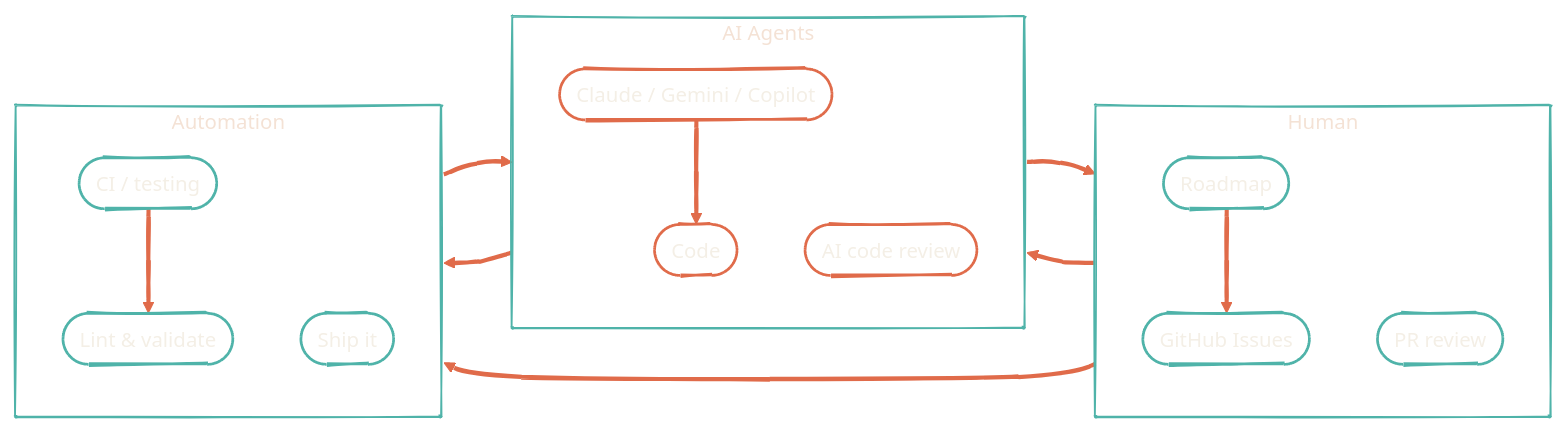
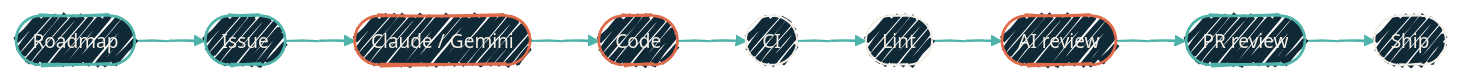
Before and after one commit to dryvist/docs: the diagram in architecture/ai-pipeline.mdx, drawn with Mermaid. The commit also changed other lines of this file and 45 other files, not shown here.

````diff
--- a/architecture/ai-pipeline.mdx
+++ b/architecture/ai-pipeline.mdx
@@ -13,35 +16,25 @@
 ```mermaid
-%%{init: {'theme':'base','look':'handDrawn','themeVariables':{'primaryColor':'#4FB3A9','primaryTextColor':'#F4EFE6','primaryBorderColor':'#2F7E78','lineColor':'#E06B4A','secondaryColor':'#102937','tertiaryColor':'#0B1D2A','clusterBkg':'transparent','clusterBorder':'#4FB3A9','fontFamily':'Geist','fontSize':'15px'}}}%%
+%%{init: {'theme':'base','look':'handDrawn','themeVariables':{'fontFamily':'Geist','fontSize':'14px','primaryColor':'#102937','primaryTextColor':'#F4EFE6','primaryBorderColor':'#4FB3A9','lineColor':'#4FB3A9','secondaryColor':'#0B1D2A','tertiaryColor':'#1A2A38','clusterBkg':'rgba(79,179,169,0.08)','clusterBorder':'#4FB3A9'}}}%%
 flowchart LR
-  subgraph Human["Human"]
-    direction TB
-    H1(["Roadmap"])
-    H2(["GitHub Issues"])
-    H3(["PR review"])
-  end
-  subgraph AI["AI Agents"]
-    direction TB
-    A1(["Claude / Gemini / Copilot"])
-    A2(["Code"])
-    A3(["AI code review"])
-  end
-  subgraph Auto["Automation"]
-    direction TB
-    T1(["CI / testing"])
-    T2(["Lint & validate"])
-    T3(["Ship it"])
-  end
+  H1([Roadmap])
+  H2([Issue])
+  A1([Claude / Gemini])
+  A2([Code])
+  T1([CI])
+  T2([Lint])
+  A3([AI review])
+  H3([PR review])
+  T3([Ship])
+
   H1 --> H2 --> A1 --> A2 --> T1 --> T2 --> A3 --> H3 --> T3
 
-  style H1 fill:transparent,stroke:#4FB3A9,stroke-width:2px,color:#F4EFE6
-  style H2 fill:transparent,stroke:#4FB3A9,stroke-width:2px,color:#F4EFE6
-  style H3 fill:transparent,stroke:#4FB3A9,stroke-width:2px,color:#F4EFE6
-  style A1 fill:transparent,stroke:#E06B4A,stroke-width:2px,color:#F4EFE6
-  style A2 fill:transparent,stroke:#E06B4A,stroke-width:2px,color:#F4EFE6
-  style A3 fill:transparent,stroke:#E06B4A,stroke-width:2px,color:#F4EFE6
-  style T1 fill:transparent,stroke:#4FB3A9,stroke-width:2px,color:#F4EFE6
-  style T2 fill:transparent,stroke:#4FB3A9,stroke-width:2px,color:#F4EFE6
-  style T3 fill:transparent,stroke:#4FB3A9,stroke-width:2px,color:#F4EFE6
+  classDef human fill:#102937,stroke:#4FB3A9,stroke-width:2px,color:#F4EFE6;
+  classDef ai    fill:#102937,stroke:#E06B4A,stroke-width:2px,color:#F4EFE6;
+  classDef auto  fill:#102937,stroke:#F4EFE6,stroke-width:1.5px,color:#F4EFE6;
 
-  linkStyle default stroke:#E06B4A,stroke-width:3px
+  class H1,H2,H3 human
+  class A1,A2,A3 ai
+  class T1,T2,T3 auto
+
+  linkStyle default stroke:#4FB3A9,stroke-width:1.5px;
 ```
````
